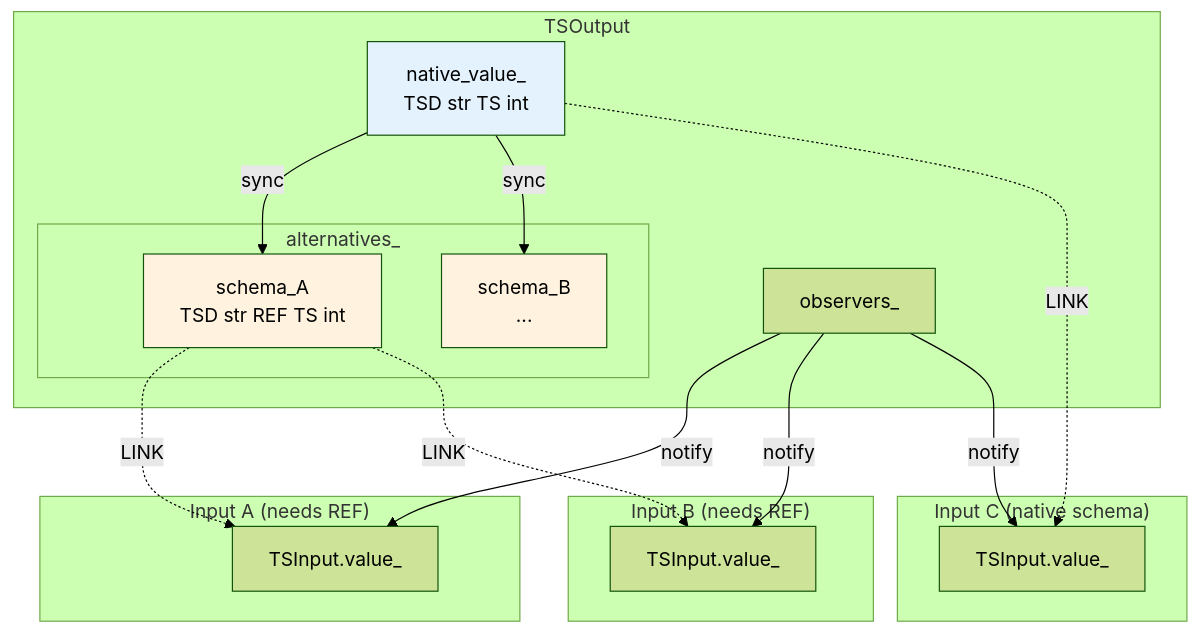
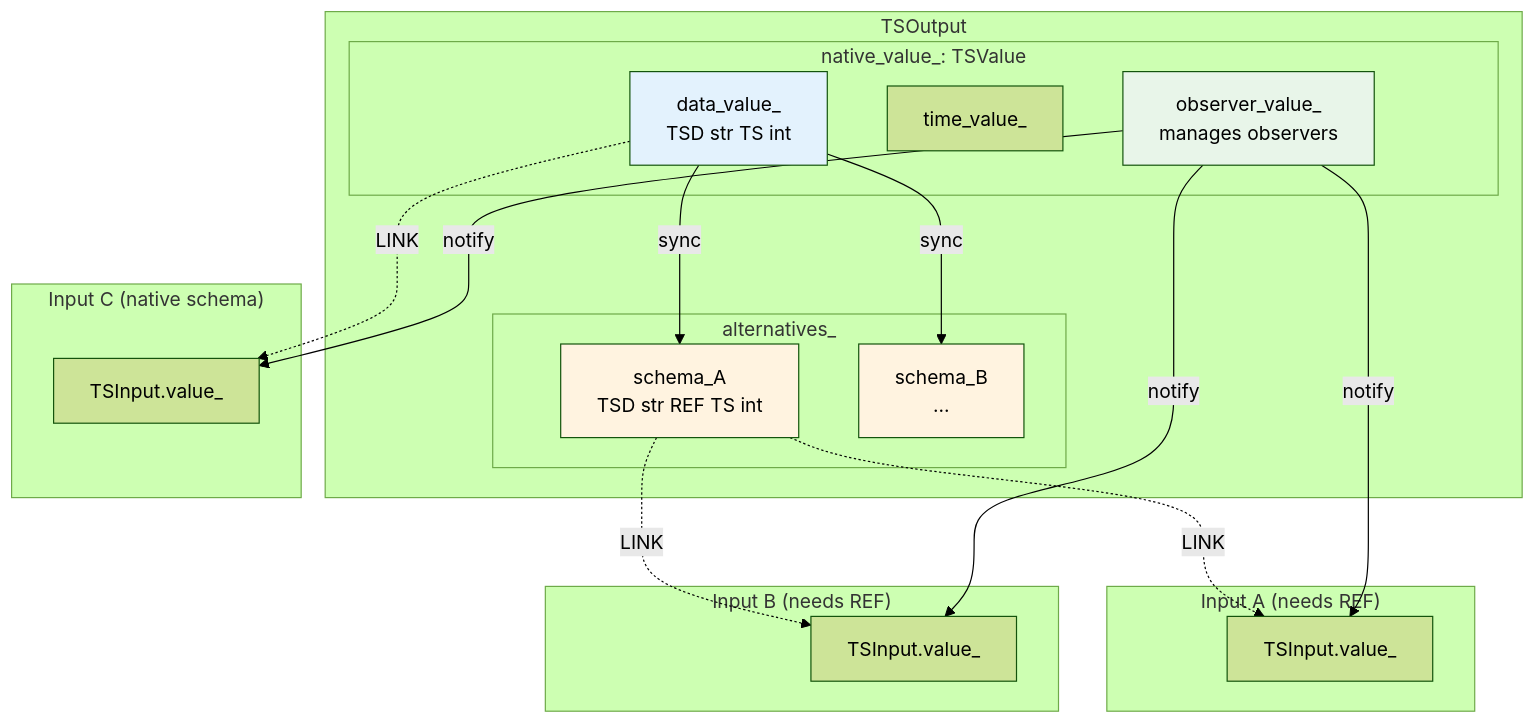
The third of 4 diagrams in ts_value_v2601/user_guide/05_TSOUTPUT_TSINPUT.md (hhenson/hgraph), drawn with Mermaid (forest theme) before and after one commit. The commit also changed other lines of this file, not shown here.

````diff
--- a/ts_value_v2601/user_guide/05_TSOUTPUT_TSINPUT.md
+++ b/ts_value_v2601/user_guide/05_TSOUTPUT_TSINPUT.md
@@ -424,37 +566,41 @@
 ```mermaid
 flowchart TD
     subgraph TSOutput
-        NV[native_value_<br/>TSD str TS int]
+        subgraph "native_value_: TSValue"
+            NV_DATA[data_value_<br/>TSD str TS int]
+            NV_TIME[time_value_]
+            NV_OBS[observer_value_<br/>manages observers]
+        end
         subgraph "alternatives_"
             A1[schema_A<br/>TSD str REF TS int]
             A2[schema_B<br/>...]
         end
-        OBS[observers_]
     end
 
     subgraph "Input A (needs REF)"
         IA[TSInput.value_]
     end
 
     subgraph "Input B (needs REF)"
         IB[TSInput.value_]
     end
 
     subgraph "Input C (native schema)"
         IC[TSInput.value_]
     end
 
-    NV -->|sync| A1
-    NV -->|sync| A2
+    NV_DATA -->|sync| A1
+    NV_DATA -->|sync| A2
     A1 -.->|LINK| IA
     A1 -.->|LINK| IB
-    NV -.->|LINK| IC
+    NV_DATA -.->|LINK| IC
 
-    OBS -->|notify| IA
-    OBS -->|notify| IB
-    OBS -->|notify| IC
+    NV_OBS -->|notify| IA
+    NV_OBS -->|notify| IB
+    NV_OBS -->|notify| IC
 
-    style NV fill:#e3f2fd
+    style NV_DATA fill:#e3f2fd
+    style NV_OBS fill:#e8f5e9
     style A1 fill:#fff3e0
     style A2 fill:#fff3e0
 ```
````
